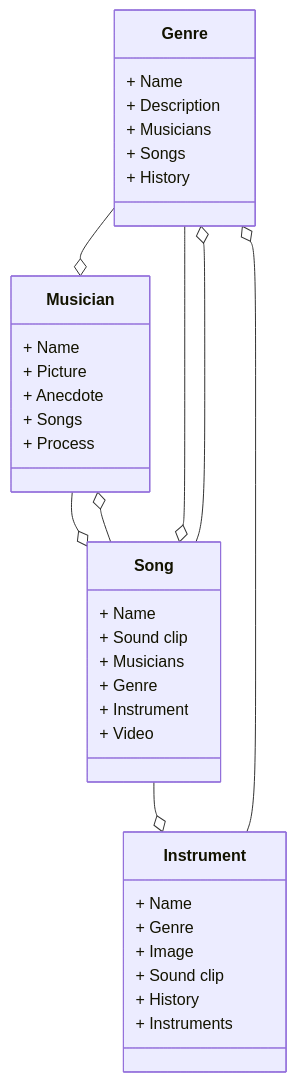
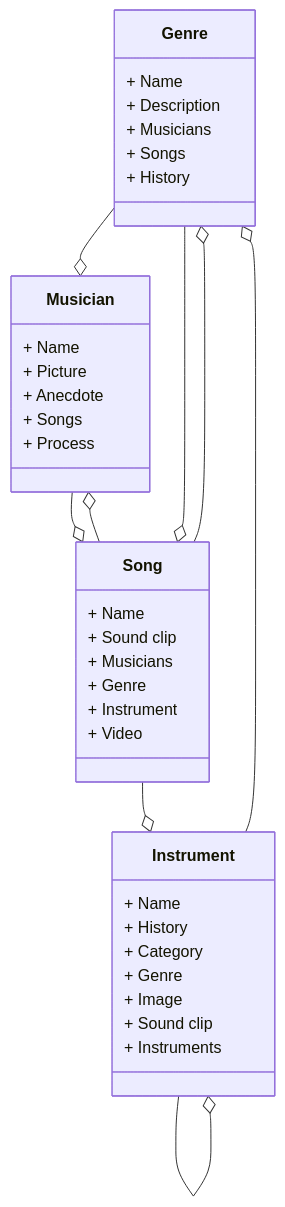
The diagram in README.md (travis-kuenzi/Mongo-Driven-Website-Term-Project), drawn with Mermaid before and after one commit.

````diff
--- a/README.md
+++ b/README.md
@@ -11,48 +11,51 @@
 ```mermaid
 classDiagram 
     class Genre {
       + Name
       + Description
       + Musicians
       + Songs
       + History
     }
 
     class Musician {
       + Name
       + Picture
       + Anecdote
       + Songs
       + Process
     }
 
     class Song {
       + Name
       + Sound clip
       + Musicians
       + Genre
       + Instrument
       + Video
     }
 
     class Instrument {
       + Name
+      + History
+      + Category
       + Genre
       + Image
       + Sound clip
-      + History
+      
       + Instruments
     }
 
     %%Links between entities - don't worry too much about details
     Musician --o Song
 
     Genre --o Musician
     Genre --o Song
 
     Song --o Musician
     Song --o Genre
     Song --o Instrument
 
     Instrument --o Genre
+    Instrument --o Instrument
 ```
````
